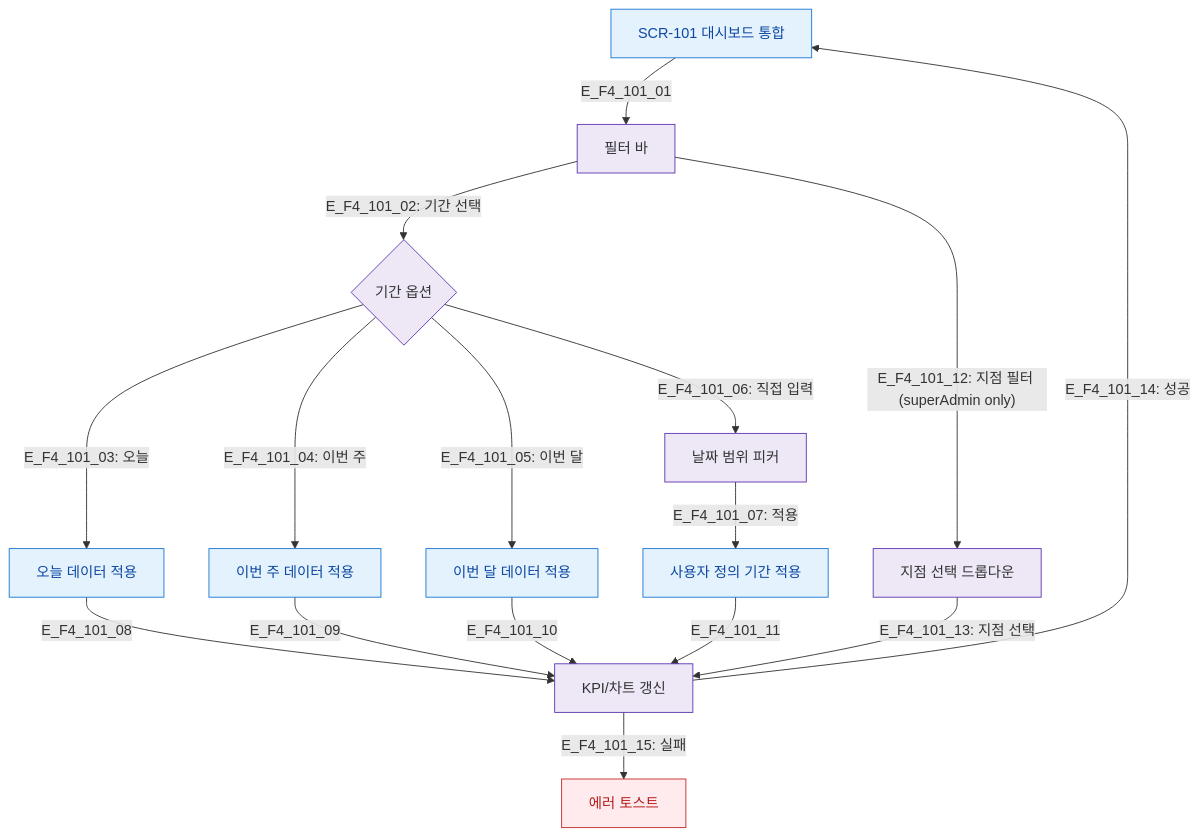
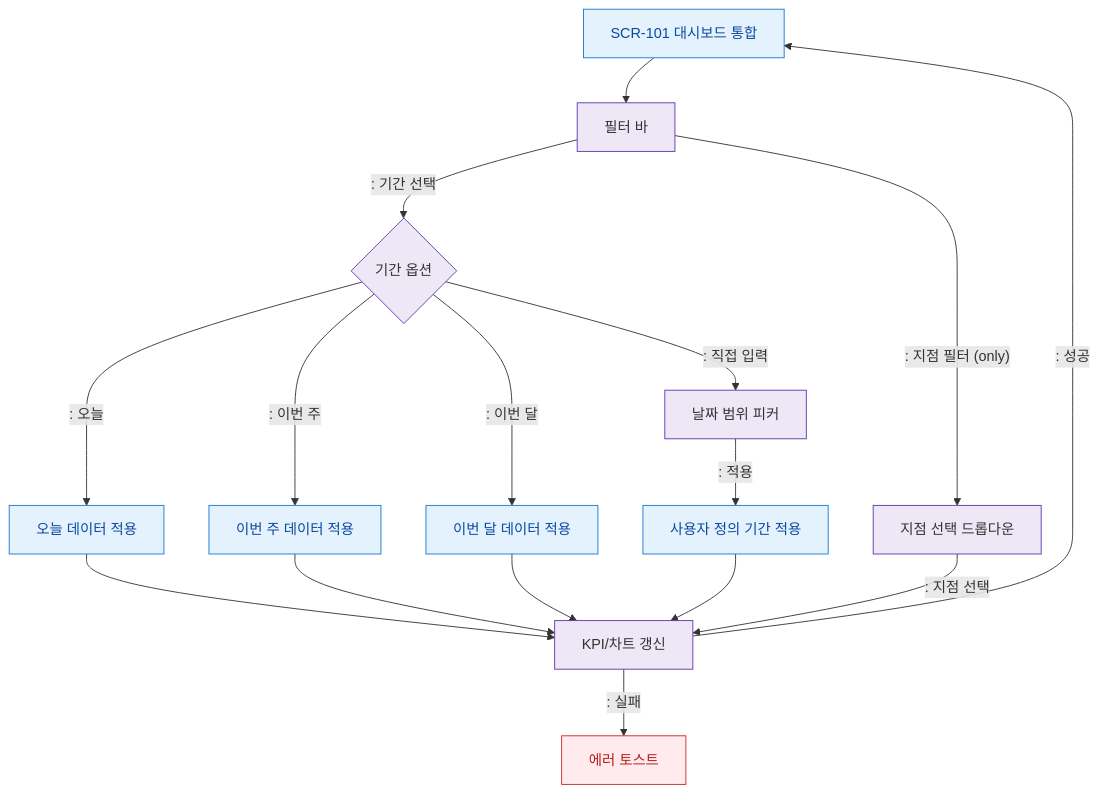
Before and after one commit to dev-spogym/admin-pando: the diagram in docs/다이어그램/D01_공통/SCR-101_대시보드_통합/F4_필터검색.md, drawn with Mermaid. The commit also changed other lines of this file and 1660 other files, not shown here.

First line of the commit message:
다이어그램: 기획자/클라이언트 납품본으로 정리

````diff
--- a/docs/다이어그램/D01_공통/SCR-101_대시보드_통합/F4_필터검색.md
+++ b/docs/다이어그램/D01_공통/SCR-101_대시보드_통합/F4_필터검색.md
@@ -19,30 +17,30 @@
 ```mermaid
 flowchart TD
-    SCR_101[SCR-101 대시보드 통합] -->|E_F4_101_01| FILTER_BAR[필터 바]
+    SCR_101[SCR-101 대시보드 통합] --> FILTER_BAR[필터 바]
 
-    FILTER_BAR -->|"E_F4_101_02: 기간 선택"| DATE_FILTER{기간 옵션}
-    DATE_FILTER -->|"E_F4_101_03: 오늘"| APPLY_TODAY[오늘 데이터 적용]
-    DATE_FILTER -->|"E_F4_101_04: 이번 주"| APPLY_WEEK[이번 주 데이터 적용]
-    DATE_FILTER -->|"E_F4_101_05: 이번 달"| APPLY_MONTH[이번 달 데이터 적용]
-    DATE_FILTER -->|"E_F4_101_06: 직접 입력"| DATE_PICKER[날짜 범위 피커]
-    DATE_PICKER -->|"E_F4_101_07: 적용"| APPLY_CUSTOM[사용자 정의 기간 적용]
+    FILTER_BAR -->|": 기간 선택"|DATE_FILTER{기간 옵션}
+    DATE_FILTER -->|": 오늘"|APPLY_TODAY[오늘 데이터 적용]
+    DATE_FILTER -->|": 이번 주"|APPLY_WEEK[이번 주 데이터 적용]
+    DATE_FILTER -->|": 이번 달"|APPLY_MONTH[이번 달 데이터 적용]
+    DATE_FILTER -->|": 직접 입력"|DATE_PICKER[날짜 범위 피커]
+    DATE_PICKER -->|": 적용"|APPLY_CUSTOM[사용자 정의 기간 적용]
 
-    APPLY_TODAY -->|E_F4_101_08| REFRESH[KPI/차트 갱신]
-    APPLY_WEEK -->|E_F4_101_09| REFRESH
-    APPLY_MONTH -->|E_F4_101_10| REFRESH
-    APPLY_CUSTOM -->|E_F4_101_11| REFRESH
+    APPLY_TODAY --> REFRESH[KPI/차트 갱신]
+    APPLY_WEEK --> REFRESH
+    APPLY_MONTH --> REFRESH
+    APPLY_CUSTOM --> REFRESH
 
-    FILTER_BAR -->|"E_F4_101_12: 지점 필터 (superAdmin only)"| BRANCH_FILTER[지점 선택 드롭다운]
-    BRANCH_FILTER -->|"E_F4_101_13: 지점 선택"| REFRESH
+    FILTER_BAR -->|": 지점 필터 (only)"|BRANCH_FILTER[지점 선택 드롭다운]
+    BRANCH_FILTER -->|": 지점 선택"|REFRESH
 
-    REFRESH -->|"E_F4_101_14: 성공"| SCR_101
-    REFRESH -->|"E_F4_101_15: 실패"| ERR_TOAST[에러 토스트]
+    REFRESH -->|": 성공"|SCR_101
+    REFRESH -->|": 실패"|ERR_TOAST[에러 토스트]
 
-    classDef screen       fill:#E3F2FD,stroke:#1976D2,color:#0D47A1
-    classDef system       fill:#EDE7F6,stroke:#5E35B2
-    classDef error        fill:#FFEBEE,stroke:#C62828,color:#B71C1C
+    classDef screen fill:#E3F2FD,stroke:#1976D2,color:#0D47A1
+    classDef system fill:#EDE7F6,stroke:#5E35B2
+    classDef error fill:#FFEBEE,stroke:#C62828,color:#B71C1C
     class SCR_101 screen
     class FILTER_BAR,DATE_FILTER,DATE_PICKER,BRANCH_FILTER,REFRESH system
     class APPLY_TODAY,APPLY_WEEK,APPLY_MONTH,APPLY_CUSTOM screen
     class ERR_TOAST error
 ```
````
